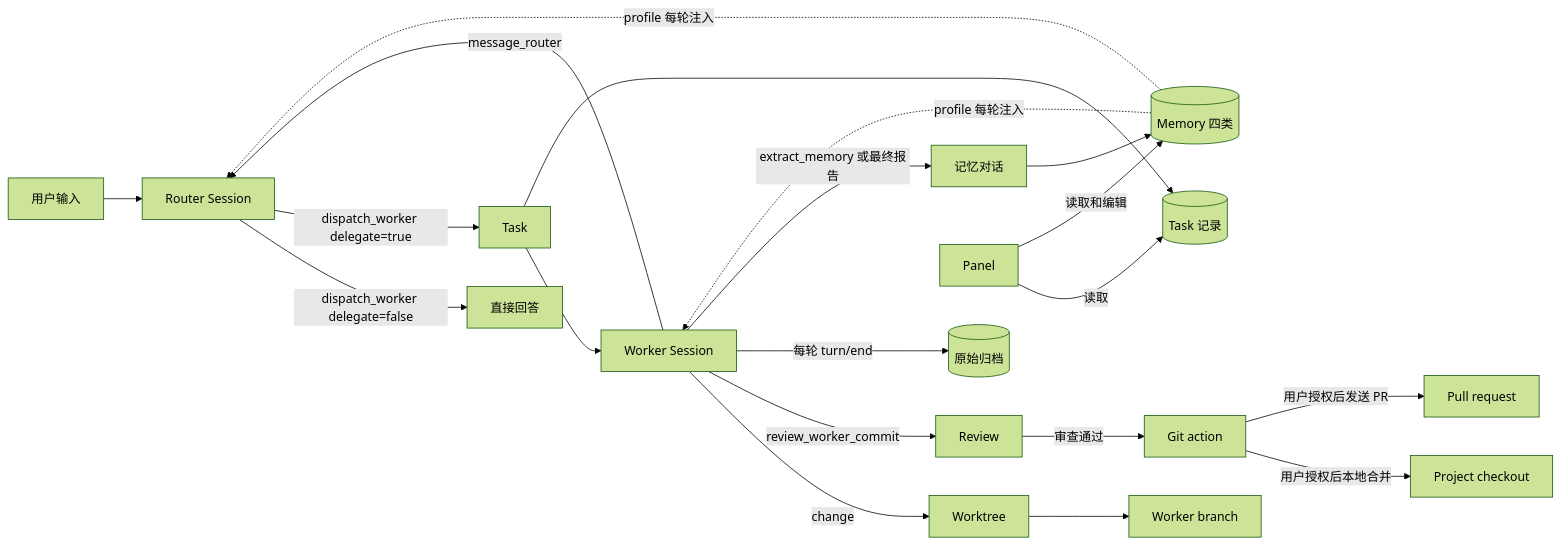
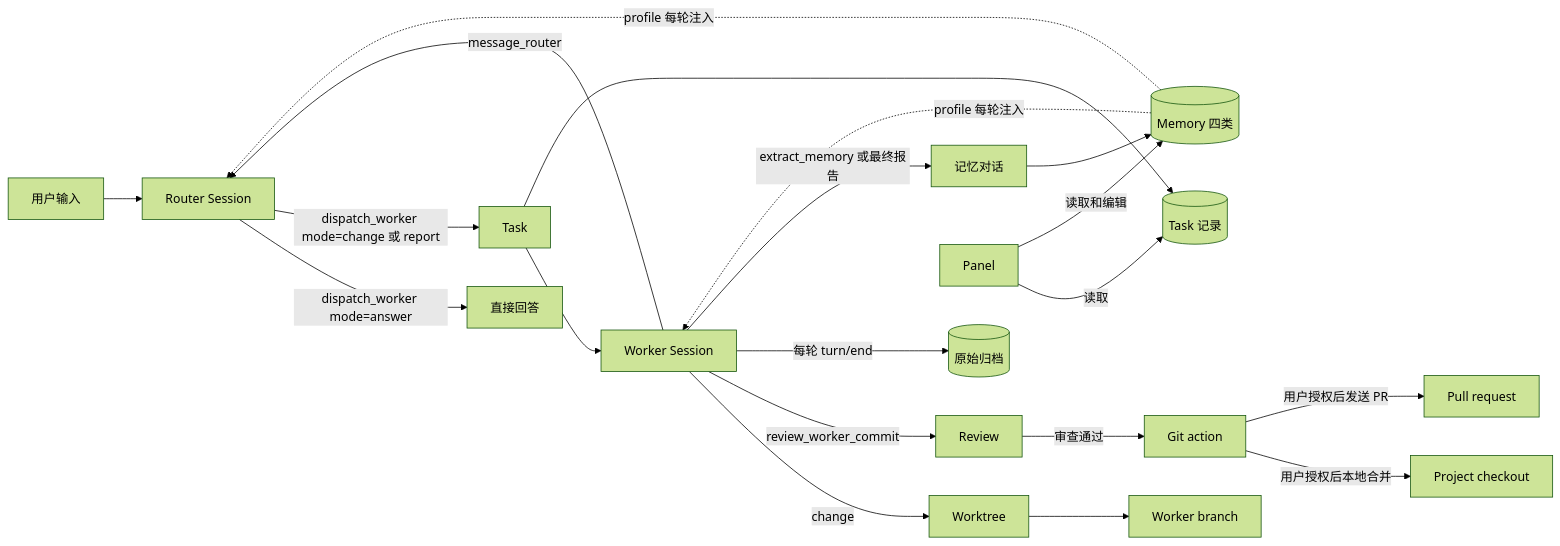
The diagram in docs/001-domain.md (LMQ00/superagent-lite), drawn with Mermaid (forest theme) before and after one commit. The commit also changed other lines of this file and 14 other files, not shown here.

````diff
--- a/docs/001-domain.md
+++ b/docs/001-domain.md
@@ -9,22 +9,22 @@
 ```mermaid
 flowchart LR
   I[用户输入] --> R[Router Session]
-  R -->|dispatch_worker delegate=false| A[直接回答]
-  R -->|dispatch_worker delegate=true| T[Task]
+  R -->|dispatch_worker mode=answer| A[直接回答]
+  R -->|dispatch_worker mode=change 或 report| T[Task]
   T --> W[Worker Session]
   W -->|change| WT[Worktree]
   WT --> B[Worker branch]
   W -->|review_worker_commit| V[Review]
   W -->|message_router| R
   V -->|审查通过| G[Git action]
   G -->|用户授权后本地合并| P[Project checkout]
   G -->|用户授权后发送 PR| PR[Pull request]
   T --> D[(Task 记录)]
   W -->|每轮 turn/end| AR[(原始归档)]
   W -->|extract_memory 或最终报告| M[记忆对话]
   M --> ME[(Memory 四类)]
   ME -.->|profile 每轮注入| R
   ME -.->|profile 每轮注入| W
   PN[Panel] -->|读取| D
   PN -->|读取和编辑| ME
 ```
````
